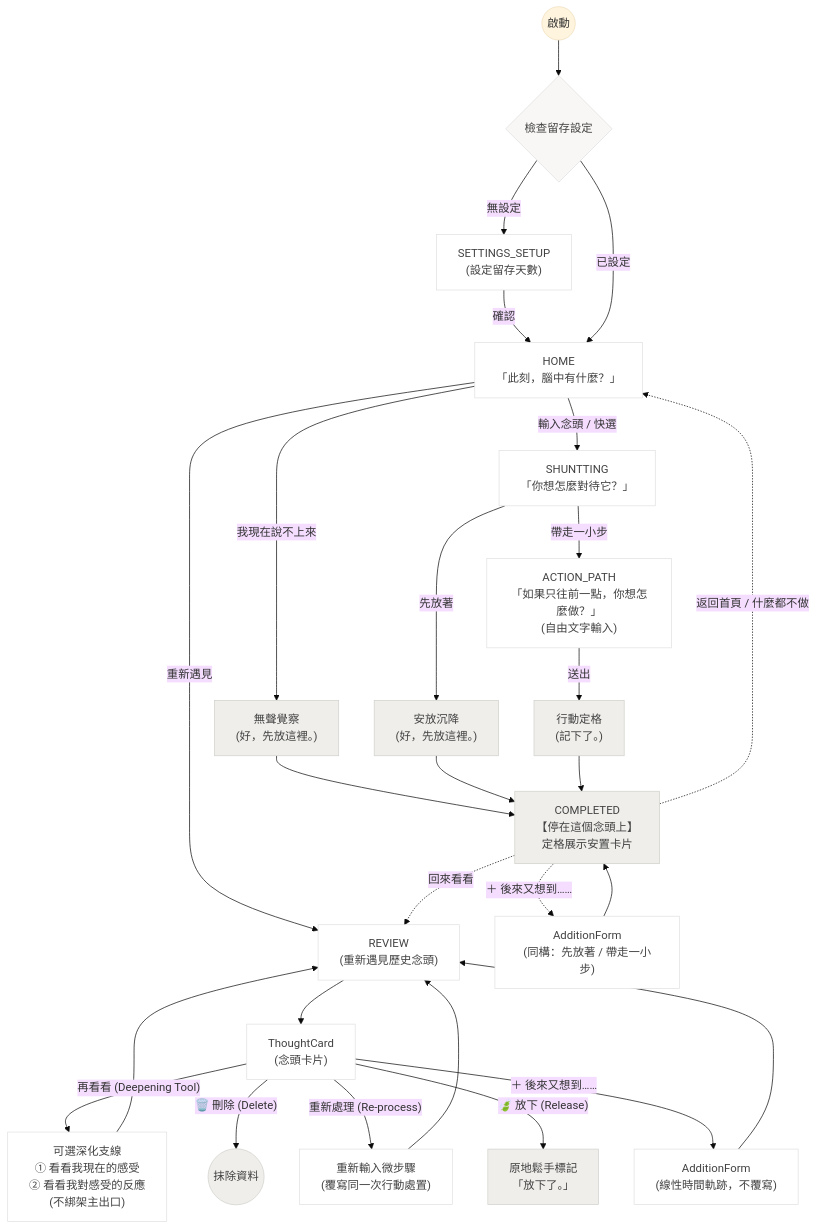
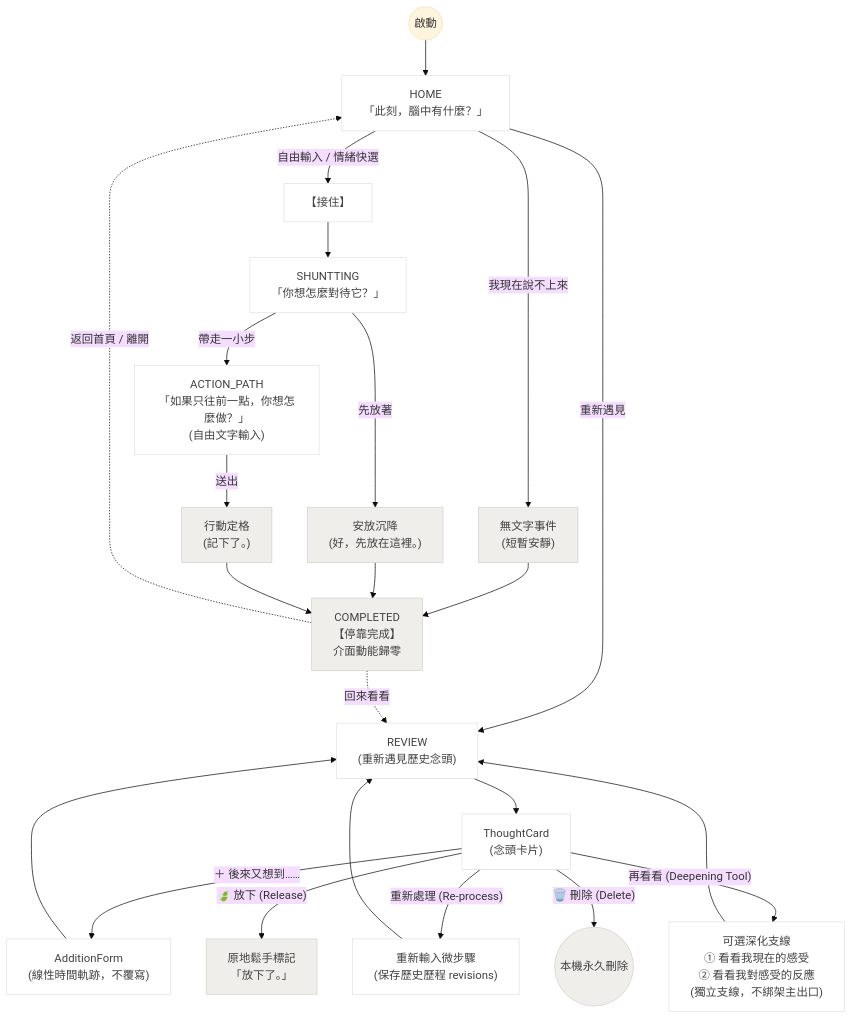
The diagram in flow_diagram.md (q5089877/privateMind), drawn with Mermaid (base theme) before and after one commit. The commit also changed 7 other files, not shown here.

````diff
--- a/flow_diagram.md
+++ b/flow_diagram.md
@@ -1,54 +1,49 @@
 ```mermaid
 flowchart TD
     %% 進入點
-    Start(("啟動")) --> InitCheck{"檢查留存設定"}
-    InitCheck -- "無設定" --> SETUP["SETTINGS_SETUP\n(設定留存天數)"]
-    SETUP -- "確認" --> HOME
-    InitCheck -- "已設定" --> HOME["HOME\n「此刻，腦中有什麼？」"]
+    Start(("啟動")) --> HOME["HOME\n「此刻，腦中有什麼？」"]
 
     %% HOME 選擇
-    HOME -- "輸入念頭 / 快選" --> SHUNTTING["SHUNTTING\n「你想怎麼對待它？」"]
-    HOME -- "我現在說不上來" --> AWARENESS["無聲覺察\n(好，先放這裡。)"]
+    HOME -- "自由輸入 / 情緒快選" --> RECEIVE["【接住】"]
+    HOME -- "我現在說不上來" --> UNPOKEN["無文字事件\n(短暫安靜)"]
     HOME -- "重新遇見" --> REVIEW["REVIEW\n(重新遇見歷史念頭)"]
 
+    RECEIVE --> SHUNTTING["SHUNTTING\n「你想怎麼對待它？」"]
+
     %% SHUNTTING 只有二選一
-    SHUNTTING -- "先放著" --> DEPOSIT_END["安放沉降\n(好，先放這裡。)"]
+    SHUNTTING -- "先放著" --> DEPOSIT_END["安放沉降\n(好，先放在這裡。)"]
     SHUNTTING -- "帶走一小步" --> ACTION_PATH["ACTION_PATH\n「如果只往前一點，你想怎麼做？」\n(自由文字輸入)"]
     ACTION_PATH -- "送出" --> ACTION_END["行動定格\n(記下了。)"]
 
-    %% 儀式與定格停靠
-    AWARENESS --> COMPLETED["COMPLETED\n【停在這個念頭上】\n定格展示安置卡片"]
+    %% 停靠完成態（動能歸零）
+    UNPOKEN --> COMPLETED["COMPLETED\n【停靠完成】\n介面動能歸零"]
     DEPOSIT_END --> COMPLETED
     ACTION_END --> COMPLETED
 
     %% 停靠後出口
-    COMPLETED -. "＋ 後來又想到……" .-> ADDITION["AdditionForm\n(同構：先放著 / 帶走一小步)"]
-    ADDITION --> COMPLETED
     COMPLETED -. "回來看看" .-> REVIEW
-    COMPLETED -. "返回首頁 / 什麼都不做" .-> HOME
+    COMPLETED -. "返回首頁 / 離開" .-> HOME
 
     %% 重新遇見 (REVIEW) 與卡片互動模組
     REVIEW --> TCARD["ThoughtCard\n(念頭卡片)"]
     
-    %% 卡片四大支線操作
+    %% 卡片支線操作
     TCARD -- "＋ 後來又想到……" --> ADDITION_REVIEW["AdditionForm\n(線性時間軌跡，不覆寫)"]
     ADDITION_REVIEW --> REVIEW
     
-    TCARD -- "重新處理 (Re-process)" --> REPROCESS["重新輸入微步驟\n(覆寫同一次行動處置)"]
+    TCARD -- "重新處理 (Re-process)" --> REPROCESS["重新輸入微步驟\n(保存歷史歷程 revisions)"]
     REPROCESS --> REVIEW
     
-    TCARD -- "再看看 (Deepening Tool)" --> DEEPEN["可選深化支線\n① 看看我現在的感受\n② 看看我對感受的反應\n(不綁架主出口)"]
+    TCARD -- "再看看 (Deepening Tool)" --> DEEPEN["可選深化支線\n① 看看我現在的感受\n② 看看我對感受的反應\n(獨立支線，不綁架主出口)"]
     DEEPEN --> REVIEW
 
     TCARD -- "🍃 放下 (Release)" --> RELEASE_STATE["原地鬆手標記\n「放下了。」"]
-    TCARD -- "🗑️ 刪除 (Delete)" --> DELETE_STATE(("抹除資料"))
+    TCARD -- "🗑️ 刪除 (Delete)" --> DELETE_STATE(("本機永久刪除"))
 
     %% 樣式定義
     classDef state fill:#FFFFFF,stroke:#E0E0E0,stroke-width:1px,color:#424242;
-    classDef decision fill:#F8F7F5,stroke:#E0E0E0,stroke-width:1px,color:#424242,shape:hexagon;
     classDef ending fill:#EFEEEB,stroke:#D1D1CB,stroke-width:1px,color:#424242;
     
-    class HOME,SHUNTTING,ACTION_PATH,REVIEW,SETUP,ADDITION,ADDITION_REVIEW,TCARD,REPROCESS,DEEPEN state;
-    class InitCheck decision;
-    class COMPLETED,DEPOSIT_END,ACTION_END,AWARENESS,RELEASE_STATE,DELETE_STATE ending;
+    class HOME,RECEIVE,SHUNTTING,ACTION_PATH,REVIEW,ADDITION_REVIEW,TCARD,REPROCESS,DEEPEN state;
+    class COMPLETED,DEPOSIT_END,ACTION_END,UNPOKEN,RELEASE_STATE,DELETE_STATE ending;
 ```
````
